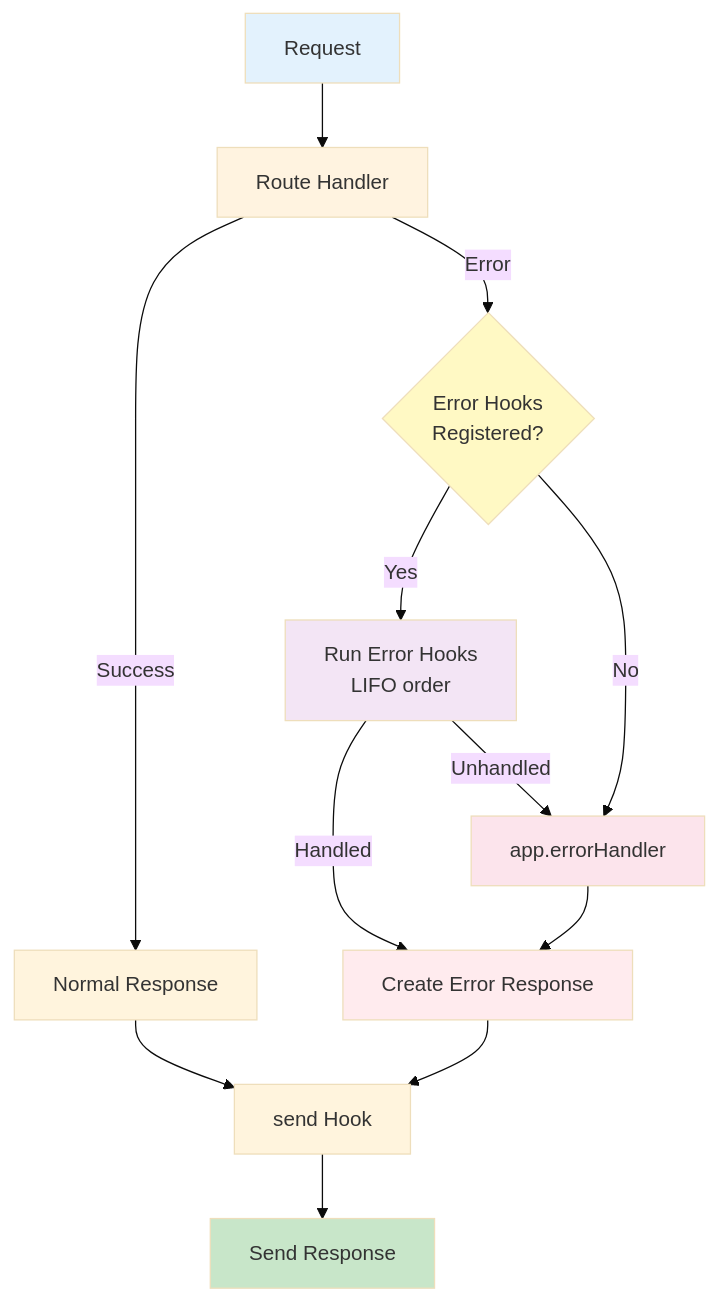
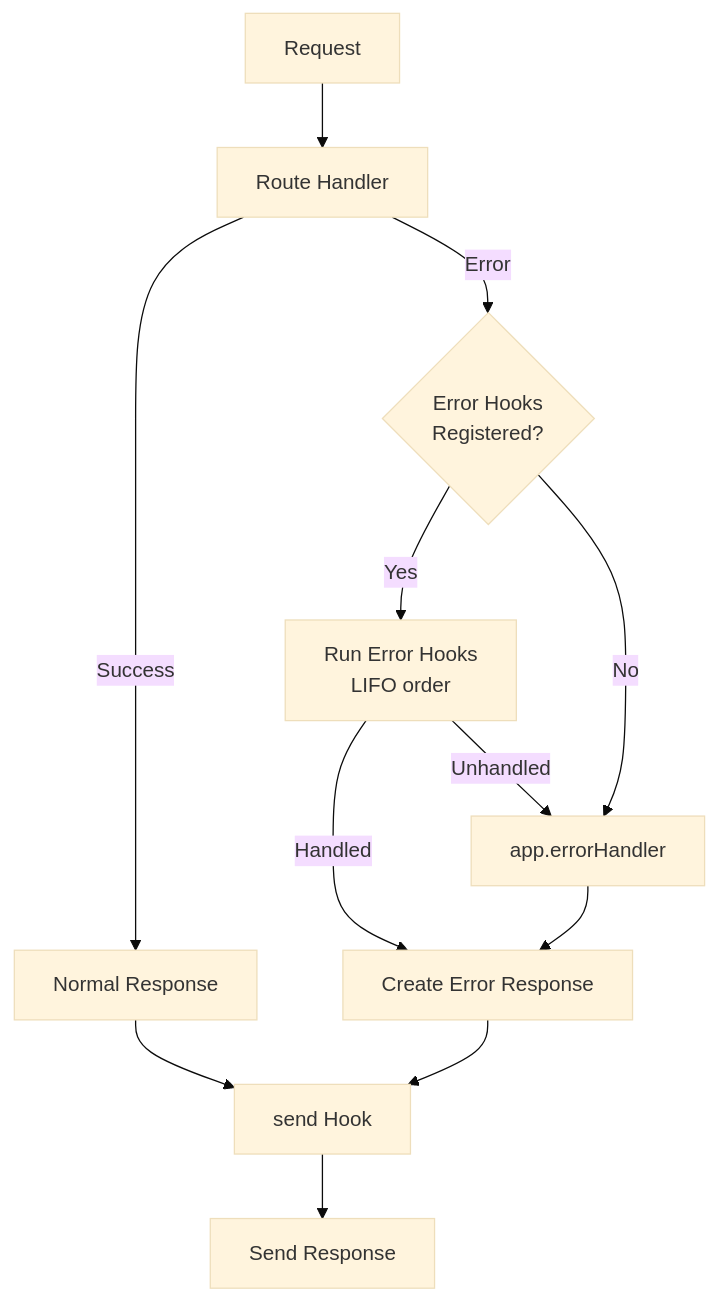
The diagram in docs/guides/diagrams/error-handler-flow.md (minima-js/minimajs), drawn with Mermaid (base theme) before and after one commit. The commit also changed 19 other files, not shown here.

````diff
--- a/docs/guides/diagrams/error-handler-flow.md
+++ b/docs/guides/diagrams/error-handler-flow.md
@@ -1,26 +1,26 @@
 ```mermaid
 graph TB
     Start[Request] --> Handler[Route Handler]
     Handler -->|Success| Response[Normal Response]
     Handler -->|Error| ErrorCheck{Error Hooks<br/>Registered?}
 
     ErrorCheck -->|Yes| HookChain[Run Error Hooks<br/>LIFO order]
     ErrorCheck -->|No| FallbackHandler[app.errorHandler]
 
     HookChain -->|Handled| CreateResp[Create Error Response]
     HookChain -->|Unhandled| FallbackHandler
 
     FallbackHandler --> CreateResp
     CreateResp --> SendHook[send Hook]
     SendHook --> End[Send Response]
 
     Response --> SendHook
 
-    style Start fill:#e3f2fd
-    style Handler fill:#fff3e0
-    style ErrorCheck fill:#fff9c4
-    style HookChain fill:#f3e5f5
-    style FallbackHandler fill:#fce4ec
-    style CreateResp fill:#ffebee
-    style End fill:#c8e6c9
+    class Start info
+    class Handler,HookChain accent
+    class Response,End success
+    class ErrorCheck warn
+    class FallbackHandler,CreateResp danger
+    class SendHook neutral
+
 ```
````
